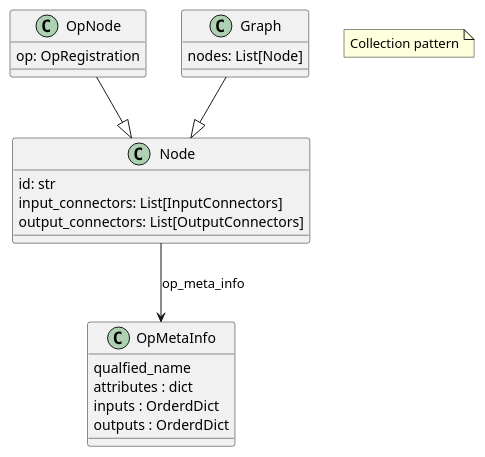
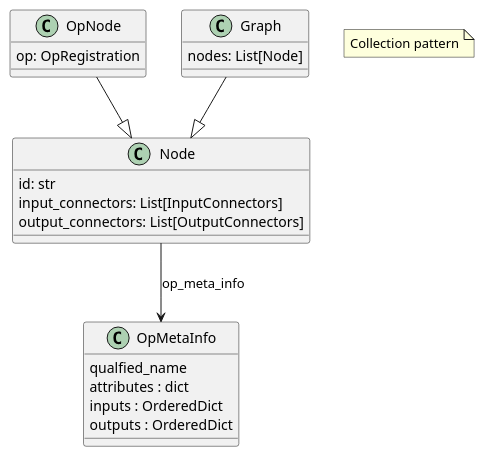
One commit to CCI-Tools/cate changed the diagram in doc/source/uml/node.puml. Above: the diagram before and after it, drawn with PlantUML.

```diff
--- a/doc/source/uml/node.puml
+++ b/doc/source/uml/node.puml
@@ -1,24 +1,24 @@
 @startuml
 
 Node : id: str
 Node --> OpMetaInfo: op_meta_info
 Node : input_connectors: List[InputConnectors]
 Node : output_connectors: List[OutputConnectors]
 
 OpNode --|> Node
 OpNode : op: OpRegistration
 
 Graph --|> Node
 Graph : nodes: List[Node]
 'Graph --> "0..N" Node: nodes
 
 OpMetaInfo : qualfied_name
 OpMetaInfo : attributes : dict
-OpMetaInfo : inputs : OrderdDict
-OpMetaInfo : outputs : OrderdDict
+OpMetaInfo : inputs : OrderedDict
+OpMetaInfo : outputs : OrderedDict
 
 note as N1
 Collection pattern
 end note
 
 @enduml
```
